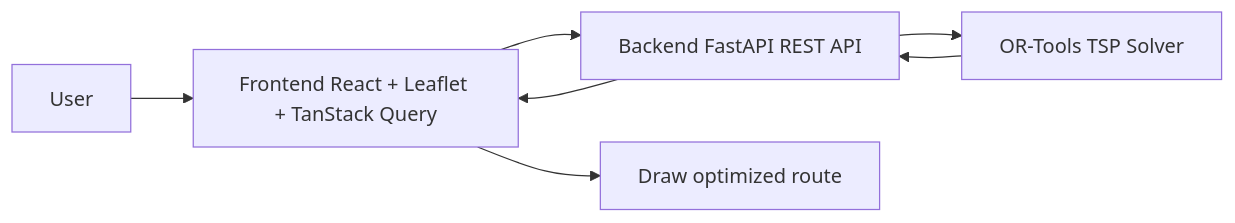
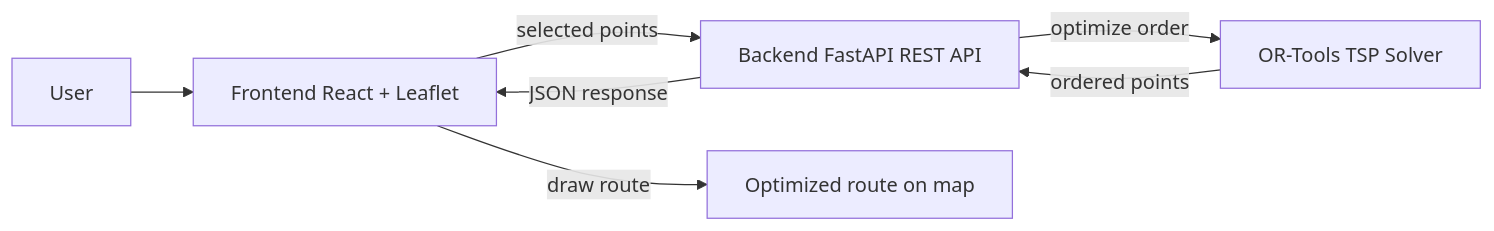
Before and after one commit to Duy-Nguyen-2006/Project1-Road-Finder: the diagram in plans/Plan.md, drawn with Mermaid. The commit also changed other lines of this file and 6 other files, not shown here.

````diff
--- a/plans/Plan.md
+++ b/plans/Plan.md
@@ -24,9 +16,9 @@
 ```mermaid
 flowchart LR
-    User[User] --> FE[Frontend React + Leaflet + TanStack Query]
-    FE --> API[Backend FastAPI REST API]
-    API --> TSPSolver[OR-Tools TSP Solver]
-    TSPSolver --> API
-    API --> FE
-    FE --> Map[Draw optimized route]
+    User[User] --> FE[Frontend React + Leaflet]
+    FE -->|selected points| API[Backend FastAPI REST API]
+    API -->|optimize order| TSP[OR-Tools TSP Solver]
+    TSP -->|ordered points| API
+    API -->|JSON response| FE
+    FE -->|draw route| Map[Optimized route on map]
 ```
````
